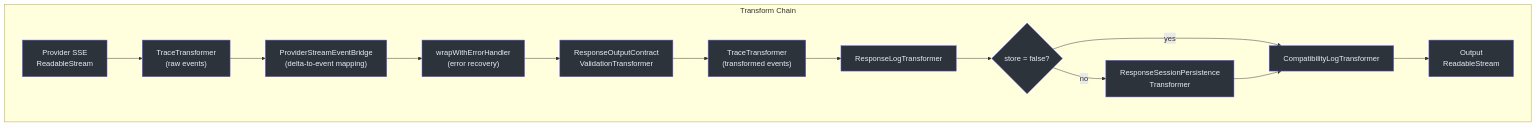
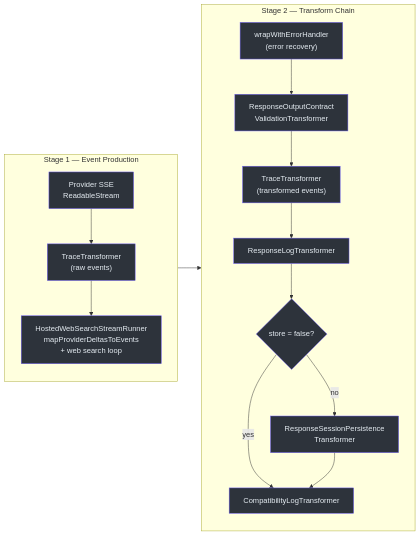
One commit to Ahoo-Wang/GodeX changed the first of 3 diagrams in wiki/02-architecture/streaming-pipeline.md. Above: the diagram before and after it, drawn with Mermaid. The commit also changed other lines of this file and 70 other files, not shown here.

````diff
--- a/wiki/02-architecture/streaming-pipeline.md
+++ b/wiki/02-architecture/streaming-pipeline.md
@@ -28,29 +33,32 @@
 ```mermaid
 flowchart LR
-    subgraph "Transform Chain"
-        direction LR
+    subgraph "Stage 1 — Event Production"
+        direction TB
         A["Provider SSE<br>ReadableStream"] --> B["TraceTransformer<br>(raw events)"]
-        B --> C["ProviderStreamEventBridge<br>(delta-to-event mapping)"]
-        C --> D["wrapWithErrorHandler<br>(error recovery)"]
-        D --> E["ResponseOutputContract<br>ValidationTransformer"]
+        B --> C["HostedWebSearchStreamRunner<br>mapProviderDeltasToEvents<br>+ web search loop"]
+    end
+
+    subgraph "Stage 2 — Transform Chain"
+        direction TB
+        D["wrapWithErrorHandler<br>(error recovery)"] --> E["ResponseOutputContract<br>ValidationTransformer"]
         E --> F["TraceTransformer<br>(transformed events)"]
         F --> G["ResponseLogTransformer"]
         G --> H{"store = false?"}
         H -->|yes| I["CompatibilityLogTransformer"]
         H -->|no| J["ResponseSessionPersistence<br>Transformer"]
         J --> I
-        I --> K["Output<br>ReadableStream"]
     end
+
+    C --> D
 
     style A fill:#2d333b,stroke:#6d5dfc,color:#e6edf3
     style B fill:#2d333b,stroke:#6d5dfc,color:#e6edf3
     style C fill:#2d333b,stroke:#6d5dfc,color:#e6edf3
     style D fill:#2d333b,stroke:#6d5dfc,color:#e6edf3
     style E fill:#2d333b,stroke:#6d5dfc,color:#e6edf3
     style F fill:#2d333b,stroke:#6d5dfc,color:#e6edf3
     style G fill:#2d333b,stroke:#6d5dfc,color:#e6edf3
     style H fill:#2d333b,stroke:#6d5dfc,color:#e6edf3
     style I fill:#2d333b,stroke:#6d5dfc,color:#e6edf3
     style J fill:#2d333b,stroke:#6d5dfc,color:#e6edf3
-    style K fill:#2d333b,stroke:#6d5dfc,color:#e6edf3
 ```
````
